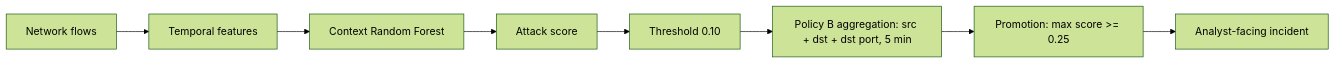
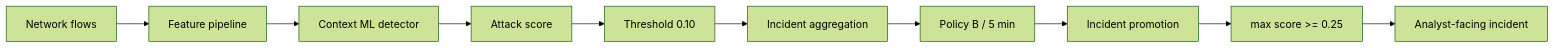
The diagram in README.md (ibondarenko1/security-anomaly-ml), drawn with Mermaid (forest theme) before and after one commit. The commit also changed other lines of this file and 44 other files, not shown here.

````diff
--- a/README.md
+++ b/README.md
@@ -9,10 +13,12 @@
 ```mermaid
 flowchart LR
-    A[Network flows] --> B[Temporal features]
-    B --> C[Context Random Forest]
+    A[Network flows] --> B[Feature pipeline]
+    B --> C[Context ML detector]
     C --> D[Attack score]
     D --> E[Threshold 0.10]
-    E --> F[Policy B aggregation: src + dst + dst port, 5 min]
-    F --> G[Promotion: max score >= 0.25]
-    G --> H[Analyst-facing incident]
+    E --> F[Incident aggregation]
+    F --> G[Policy B / 5 min]
+    G --> H[Incident promotion]
+    H --> I[max score >= 0.25]
+    I --> J[Analyst-facing incident]
 ```
````
